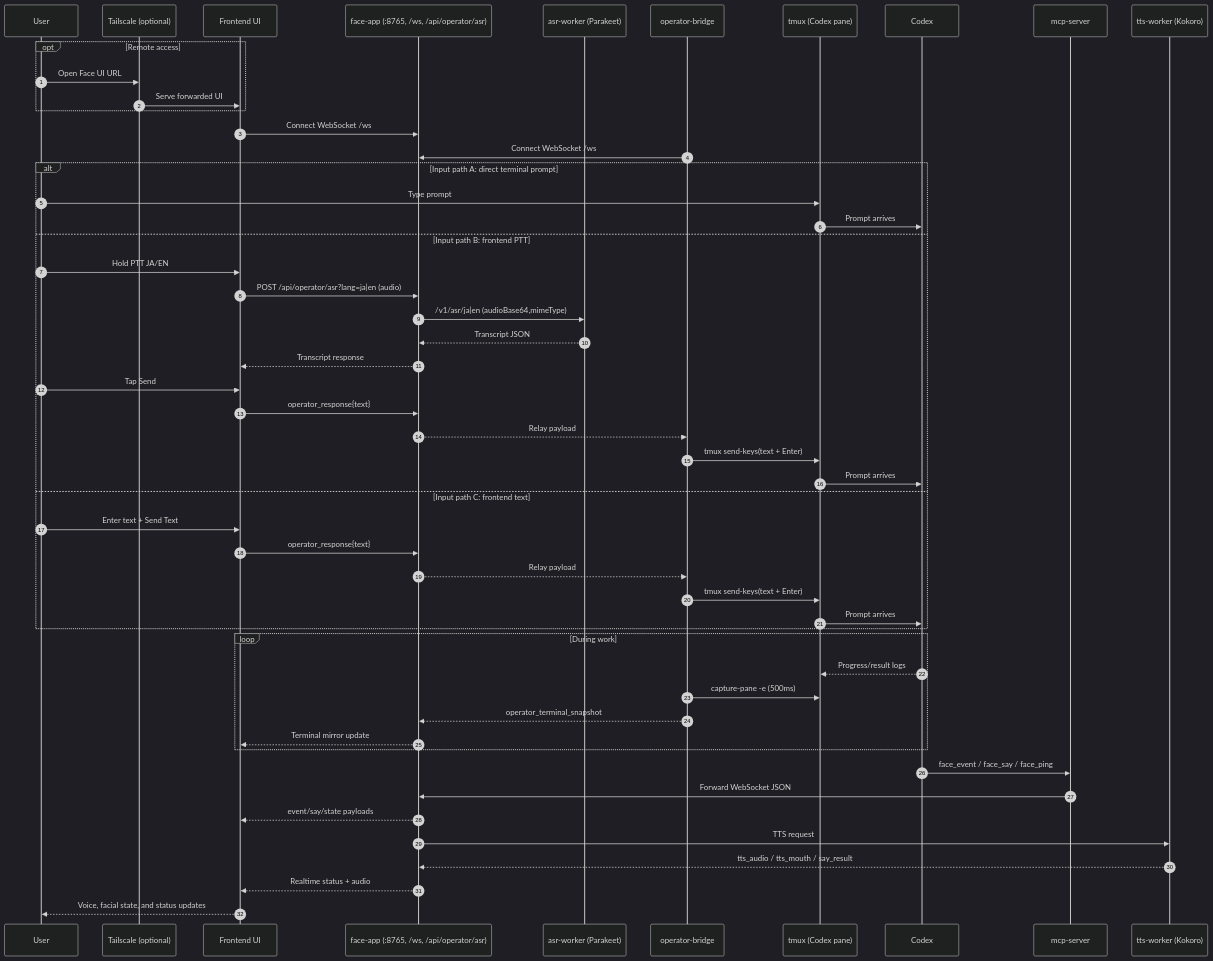
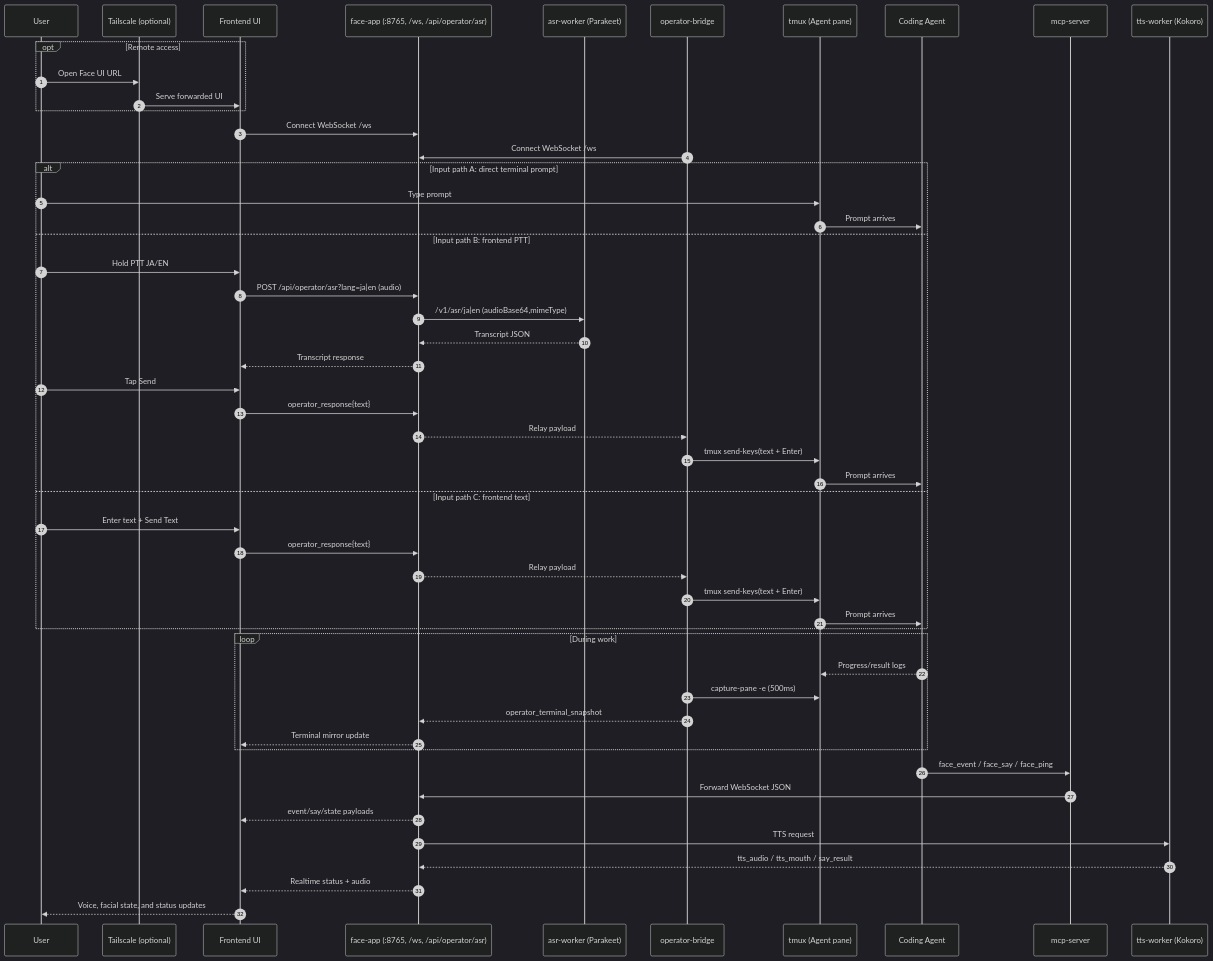
One commit to amariichi/MinimumHeadroom changed the diagram in doc/diagrams/sequence-timeline.mmd. Above: the diagram before and after it, drawn with Mermaid (dark theme). The commit also changed 16 other files, not shown here.

```diff
--- a/doc/diagrams/sequence-timeline.mmd
+++ b/doc/diagrams/sequence-timeline.mmd
@@ -1,58 +1,58 @@
 sequenceDiagram
   autonumber
   participant U as User
   participant TS as Tailscale (optional)
   participant FE as Frontend UI
   participant FA as face-app (:8765, /ws, /api/operator/asr)
   participant ASR as asr-worker (Parakeet)
   participant BR as operator-bridge
-  participant TM as tmux (Codex pane)
-  participant CX as Codex
+  participant TM as tmux (Agent pane)
+  participant CX as Coding Agent
   participant MCP as mcp-server
   participant TTS as tts-worker (Kokoro)
 
   opt Remote access
     U->>TS: Open Face UI URL
     TS->>FE: Serve forwarded UI
   end
 
   FE->>FA: Connect WebSocket /ws
   BR->>FA: Connect WebSocket /ws
 
   alt Input path A: direct terminal prompt
     U->>TM: Type prompt
     TM->>CX: Prompt arrives
   else Input path B: frontend PTT
     U->>FE: Hold PTT JA/EN
     FE->>FA: POST /api/operator/asr?lang=ja|en (audio)
     FA->>ASR: /v1/asr/ja|en (audioBase64,mimeType)
     ASR-->>FA: Transcript JSON
     FA-->>FE: Transcript response
     U->>FE: Tap Send
     FE->>FA: operator_response{text}
     FA-->>BR: Relay payload
     BR->>TM: tmux send-keys(text + Enter)
     TM->>CX: Prompt arrives
   else Input path C: frontend text
     U->>FE: Enter text + Send Text
     FE->>FA: operator_response{text}
     FA-->>BR: Relay payload
     BR->>TM: tmux send-keys(text + Enter)
     TM->>CX: Prompt arrives
   end
 
   loop During work
     CX-->>TM: Progress/result logs
     BR->>TM: capture-pane -e (500ms)
     BR-->>FA: operator_terminal_snapshot
     FA-->>FE: Terminal mirror update
   end
 
   CX->>MCP: face_event / face_say / face_ping
   MCP->>FA: Forward WebSocket JSON
   FA-->>FE: event/say/state payloads
 
   FA->>TTS: TTS request
   TTS-->>FA: tts_audio / tts_mouth / say_result
   FA-->>FE: Realtime status + audio
   FE-->>U: Voice, facial state, and status updates
```
